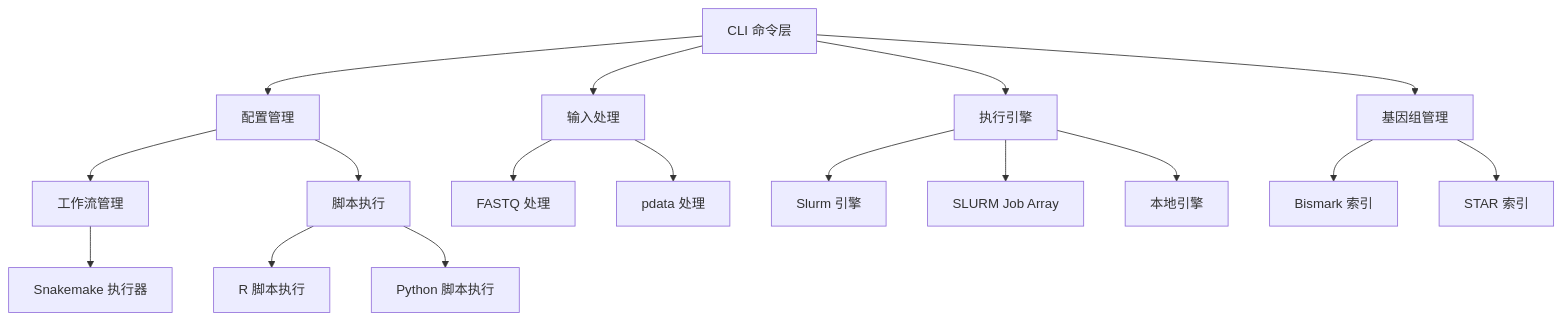
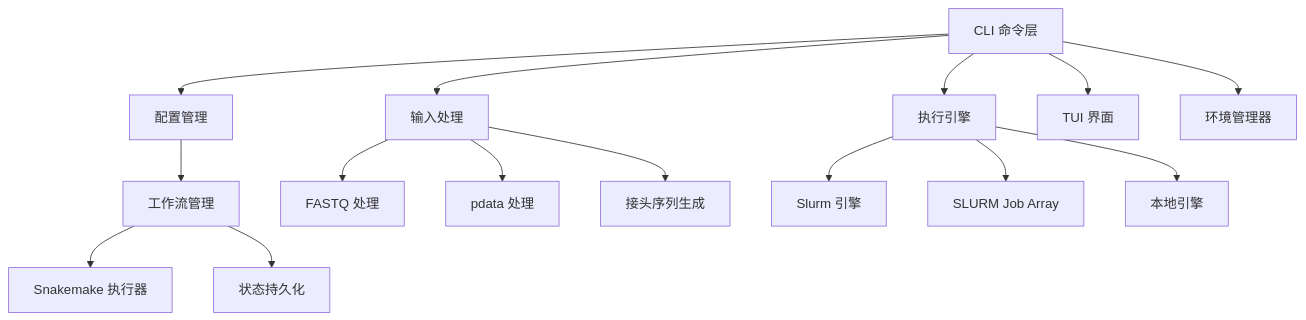
One commit to rainoffallingstar/otter-release changed the second of 2 diagrams in docs/architecture.md. Above: the diagram before and after it, drawn with Mermaid. The commit also changed other lines of this file and 10 other files, not shown here.

````diff
--- a/docs/architecture.md
+++ b/docs/architecture.md
@@ -158,24 +148,21 @@
 ```mermaid
 graph TB
     CLI[CLI 命令层] --> Config[配置管理]
     CLI --> Input[输入处理]
     CLI --> Engine[执行引擎]
-    CLI --> Genome[基因组管理]
-    
+    CLI --> TUI[TUI 界面]
+
     Config --> Workflow[工作流管理]
-    Config --> Script[脚本执行]
-    
     Input --> FastQ[FASTQ 处理]
     Input --> PData[pdata 处理]
-    
+    Input --> Adapter[接头序列生成]
+
     Engine --> Slurm[Slurm 引擎]
     Engine --> SlurmArray[SLURM Job Array]
     Engine --> Local[本地引擎]
-    
+
     Workflow --> Snakemake[Snakemake 执行器]
-    Script --> R[R 脚本执行]
-    Script --> Python[Python 脚本执行]
-    
-    Genome --> Bismark[Bismark 索引]
-    Genome --> STAR[STAR 索引]
+    Workflow --> State[状态持久化]
+
+    CLI --> Enva[环境管理器]
 ```
````
